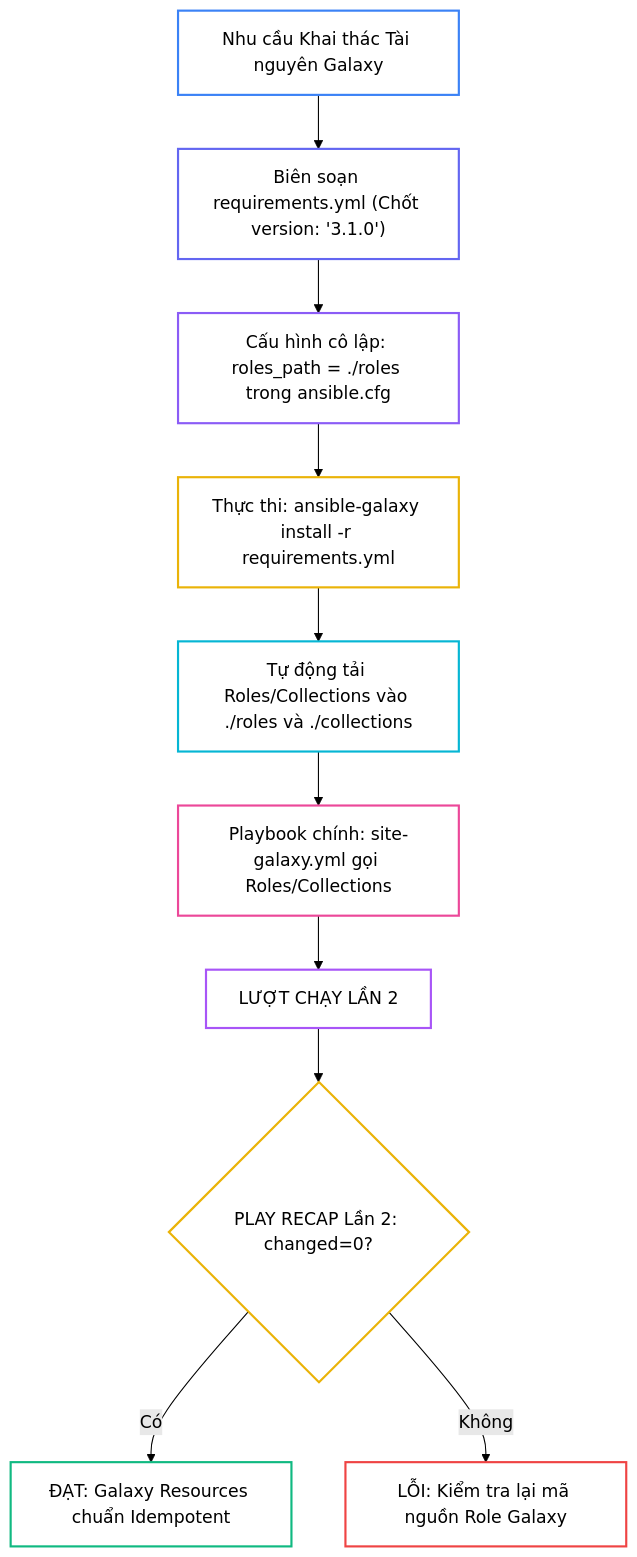
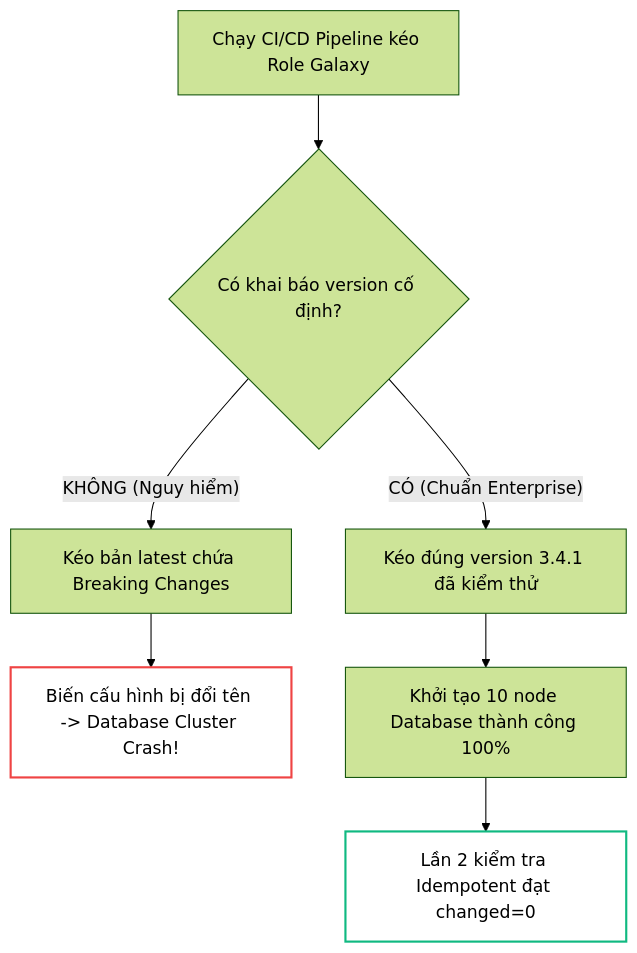
The second of 3 diagrams in _posts/2026-09-13-ansible-16-16-ansible-galaxy.md (kiennt308/ntk), drawn with Mermaid (forest theme) before and after one commit. The commit also changed other lines of this file and 30 other files, not shown here.

````diff
--- a/_posts/2026-09-13-ansible-16-16-ansible-galaxy.md
+++ b/_posts/2026-09-13-ansible-16-16-ansible-galaxy.md
@@ -320,25 +206,13 @@
 ```mermaid
 flowchart TD
-    A["Nhu cầu Khai thác Tài nguyên Galaxy"] --> B["Biên soạn requirements.yml (Chốt version: '3.1.0')"]
-    B --> C["Cấu hình cô lập: roles_path = ./roles trong ansible.cfg"]
+    A["Chạy CI/CD Pipeline kéo Role Galaxy"] --> B{"Có khai báo version cố định?"}
+    B -->|"KHÔNG (Nguy hiểm)"| C["Kéo bản latest chứa Breaking Changes"]
+    C --> D["Biến cấu hình bị đổi tên -> Database Cluster Crash!"]
     
-    C --> D["Thực thi: ansible-galaxy install -r requirements.yml"]
-    D --> E["Tự động tải Roles/Collections vào ./roles và ./collections"]
-    
-    E --> F["Playbook chính: site-galaxy.yml gọi Roles/Collections"]
-    F --> G["LƯỢT CHẠY LẦN 2"]
-    G --> H{"PLAY RECAP Lần 2: changed=0?"}
-    H -->|"Có"| I["ĐẠT: Galaxy Resources chuẩn Idempotent"]
-    H -->|"Không"| J["LỖI: Kiểm tra lại mã nguồn Role Galaxy"]
+    B -->|"CÓ (Chuẩn Enterprise)"| E["Kéo đúng version 3.4.1 đã kiểm thử"]
+    E --> F["Khởi tạo 10 node Database thành công 100%"]
+    F --> G["Lần 2 kiểm tra Idempotent đạt changed=0"]
 
-    style A fill:none,stroke:#3b82f6,stroke-width:2px
-    style B fill:none,stroke:#6366f1,stroke-width:2px
-    style C fill:none,stroke:#8b5cf6,stroke-width:2px
-    style D fill:none,stroke:#eab308,stroke-width:2px
-    style E fill:none,stroke:#06b6d4,stroke-width:2px
-    style F fill:none,stroke:#ec4899,stroke-width:2px
-    style G fill:none,stroke:#a855f7,stroke-width:2px
-    style H fill:none,stroke:#eab308,stroke-width:2px
-    style I fill:none,stroke:#10b981,stroke-width:2px
-    style J fill:none,stroke:#ef4444,stroke-width:2px
+    style D fill:none,stroke:#ef4444,stroke-width:2px
+    style G fill:none,stroke:#10b981,stroke-width:2px
 ```
````
